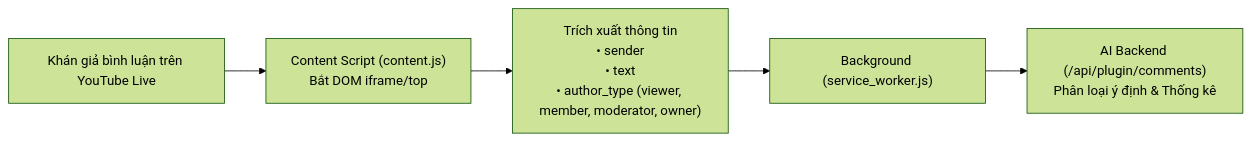
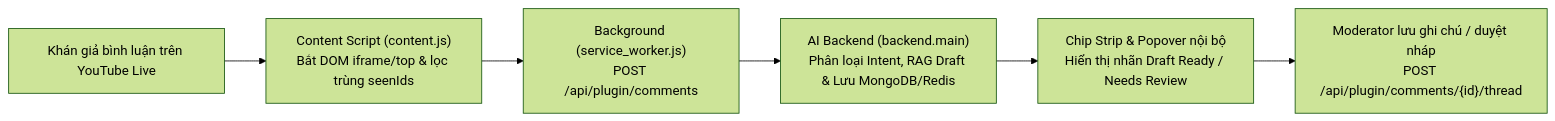
One commit to Tuandzhehehehehe/ai-agent-for-livestream changed the diagram in docs/YOUTUBE_LIVE_EXTENSION_PLAN.md. Above: the diagram before and after it, drawn with Mermaid (forest theme). The commit also changed other lines of this file and 11 other files, not shown here.

Commit message:
Fix docs alignment, wire DB repository read paths, add E2E verification, and replace Auto Replied label with Draft Ready

````diff
--- a/docs/YOUTUBE_LIVE_EXTENSION_PLAN.md
+++ b/docs/YOUTUBE_LIVE_EXTENSION_PLAN.md
@@ -16,7 +19,8 @@
 ```mermaid
 flowchart LR
-    A["Khán giả bình luận trên YouTube Live"] --> B["Content Script (content.js)\nBắt DOM iframe/top"]
-    B --> C["Trích xuất thông tin\n• sender\n• text\n• author_type (viewer, member, moderator, owner)"]
-    C --> D["Background (service_worker.js)"]
-    D --> E["AI Backend (/api/plugin/comments)\nPhân loại ý định & Thống kê"]
+    A["Khán giả bình luận trên YouTube Live"] --> B["Content Script (content.js)\nBắt DOM iframe/top & lọc trùng seenIds"]
+    B --> C["Background (service_worker.js)\nPOST /api/plugin/comments"]
+    C --> D["AI Backend (backend.main)\nPhân loại Intent, RAG Draft & Lưu MongoDB/Redis"]
+    D --> E["Chip Strip & Popover nội bộ\nHiển thị nhãn Draft Ready / Needs Review"]
+    E --> F["Moderator lưu ghi chú / duyệt nháp\nPOST /api/plugin/comments/{id}/thread"]
 ```
````
